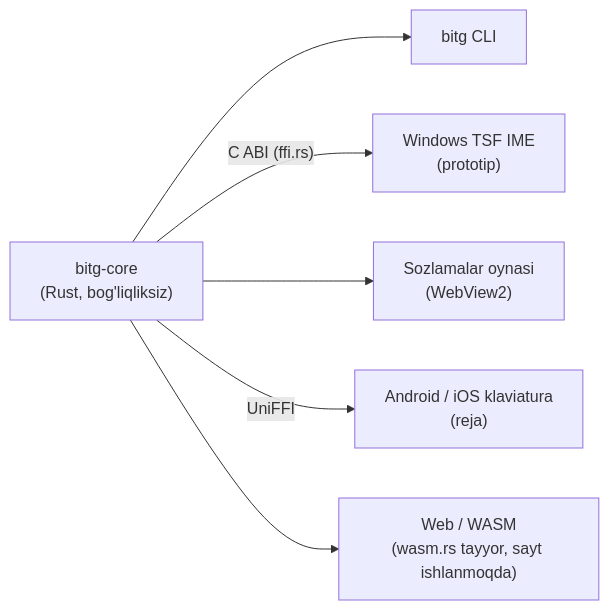
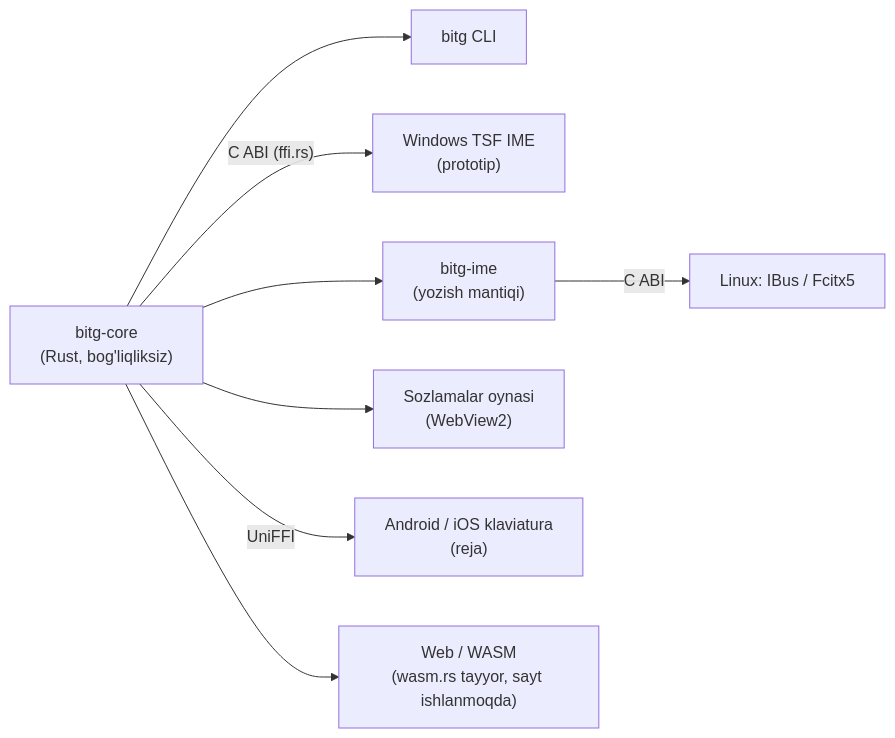
The diagram in README.md (Abdulazim1771/bitg), drawn with Mermaid before and after one commit. The commit also changed other lines of this file and 21 other files, not shown here.

First line of the commit message:
Linux: IBus engine, Fcitx5 addon and .deb packages (v0.2.0) (#2)

````diff
--- a/README.md
+++ b/README.md
@@ -76,14 +76,18 @@
 ```mermaid
 flowchart LR
   core["bitg-core<br/>(Rust, bog'liqliksiz)"]
   cli["bitg CLI"]
   tsf["Windows TSF IME<br/>(prototip)"]
+  ime["bitg-ime<br/>(yozish mantiqi)"]
+  ibus["Linux: IBus / Fcitx5"]
   tray["Sozlamalar oynasi<br/>(WebView2)"]
   mob["Android / iOS klaviatura<br/>(reja)"]
   web["Web / WASM<br/>(wasm.rs tayyor, sayt ishlanmoqda)"]
   core --> cli
   core -- "C ABI (ffi.rs)" --> tsf
+  core --> ime
+  ime -- "C ABI" --> ibus
   core --> tray
   core -- "UniFFI" --> mob
   core --> web
 ```
````
